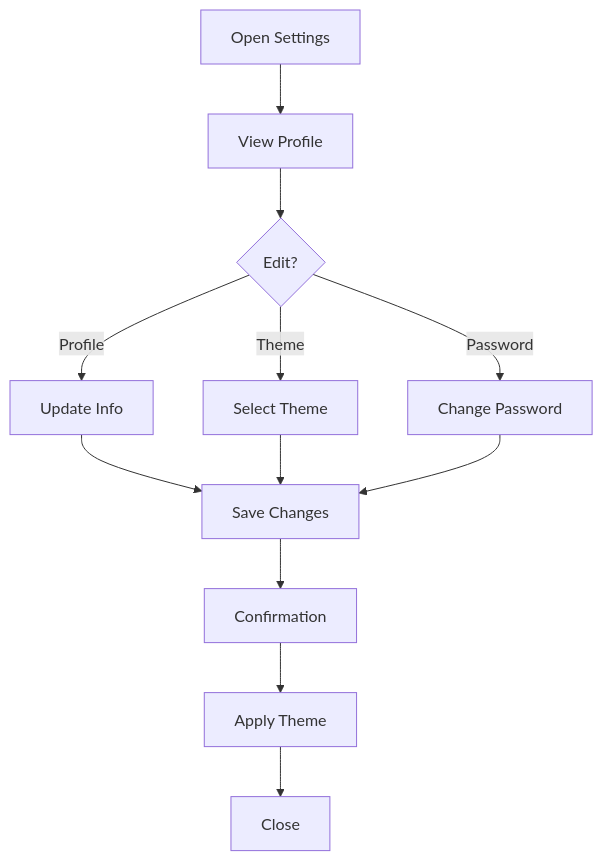
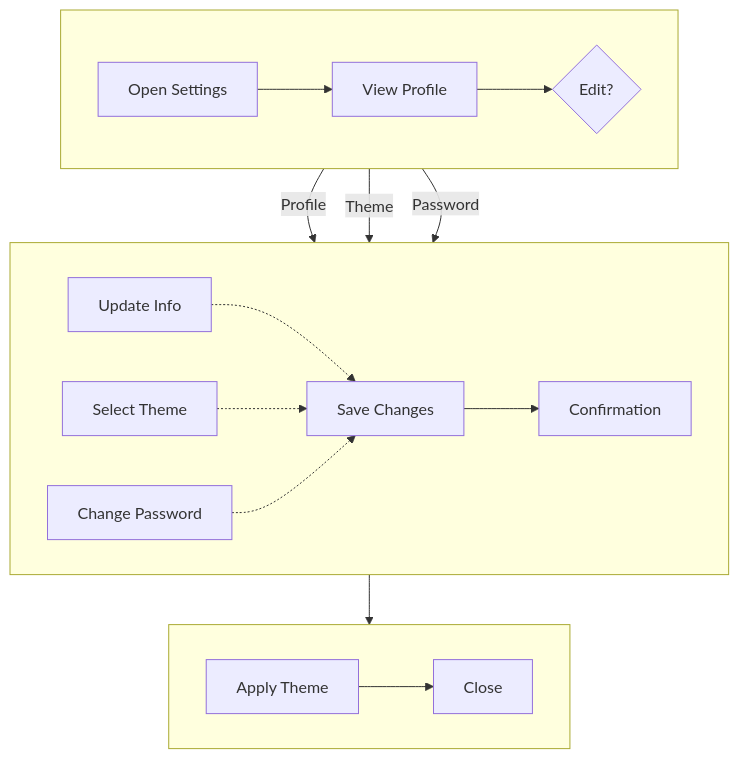
The third of 10 diagrams in docs/SEN3781_Assignment4_Information_Architecture_Report.md (RoundRobinHood/cogniflight-cloud), drawn with Mermaid before and after one commit. The commit also changed other lines of this file, not shown here.

Commit message:
improved diagram readability

````diff
--- a/docs/SEN3781_Assignment4_Information_Architecture_Report.md
+++ b/docs/SEN3781_Assignment4_Information_Architecture_Report.md
@@ -194,13 +208,21 @@
 ```mermaid
-flowchart TD
-    A[Open Settings] --> B[View Profile]
-    B --> C{Edit?}
-    C -->|Profile| D[Update Info]
-    C -->|Theme| E[Select Theme]
-    C -->|Password| F[Change Password]
-    D --> G[Save Changes]
-    E --> G
-    F --> G
-    G --> H[Confirmation]
-    H --> I[Apply Theme] --> J[Close]
+flowchart TB
+    subgraph row1[" "]
+        direction LR
+        A[Open Settings] --> B[View Profile] --> C{Edit?}
+    end
+    subgraph row2[" "]
+        direction LR
+        D[Update Info] -.-> G[Save Changes] --> H[Confirmation]
+        E[Select Theme] -.-> G
+        F[Change Password] -.-> G
+    end
+    subgraph row3[" "]
+        direction LR
+        I[Apply Theme] --> J[Close]
+    end
+    C -->|Profile| D
+    C -->|Theme| E  
+    C -->|Password| F
+    H --> I
 ```
````
